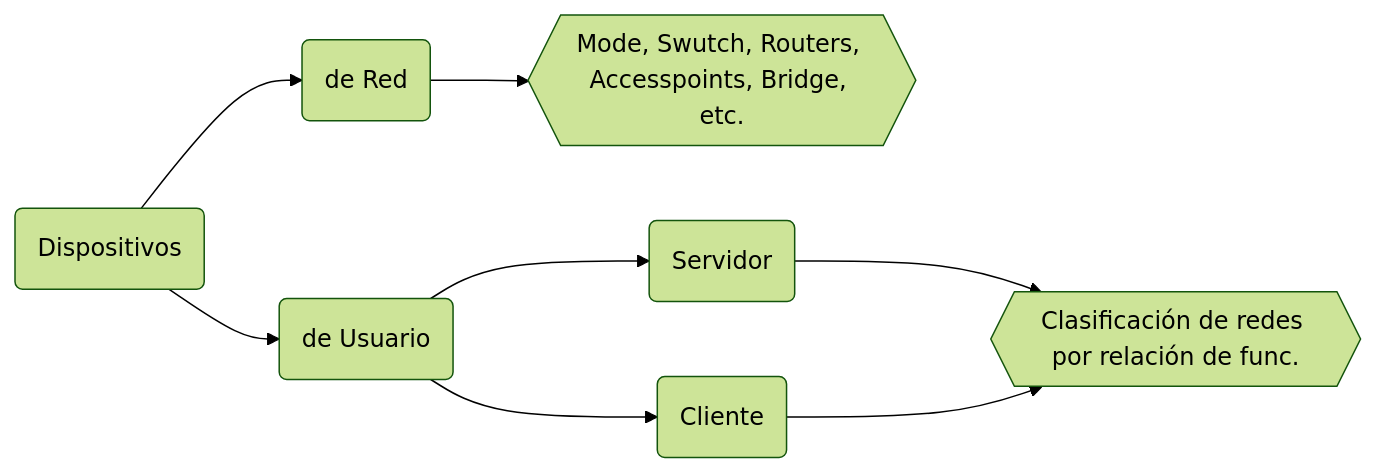
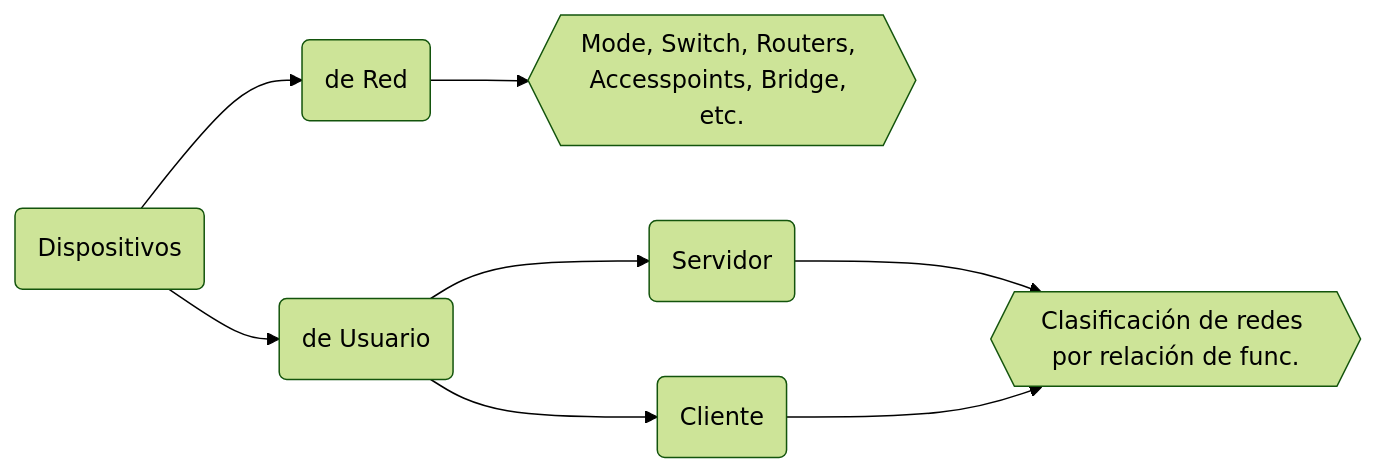
One commit to contre95/notesOLD changed the diagram in Digitales/Apuntes/Networking/Redes.md. Above: the diagram before and after it, drawn with Mermaid (forest theme).

````diff
--- a/Digitales/Apuntes/Networking/Redes.md
+++ b/Digitales/Apuntes/Networking/Redes.md
@@ -13,9 +13,9 @@
 ```mermaid
 graph LR
     A(Dispositivos)
-    A-->B(de Red)-->F{{Mode, Swutch, Routers, Accesspoints, Bridge, etc.}}
+    A-->B(de Red)-->F{{Mode, Switch, Routers, Accesspoints, Bridge, etc.}}
     A-->C(de Usuario)
     C-->D(Cliente)
     C-->E(Servidor)-->R{{Clasificación de redes por relación de func.}}
     D-->R
 ```
````
